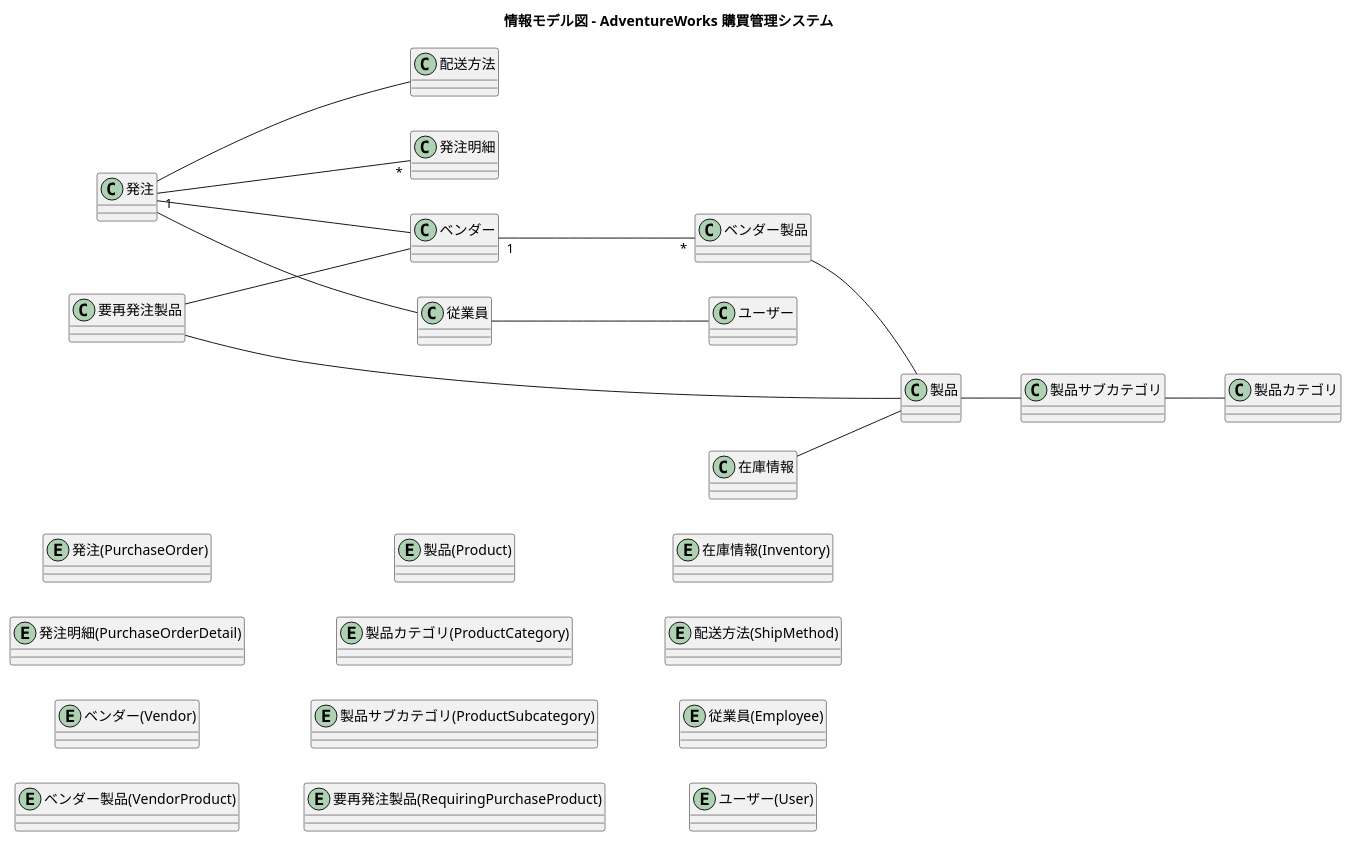
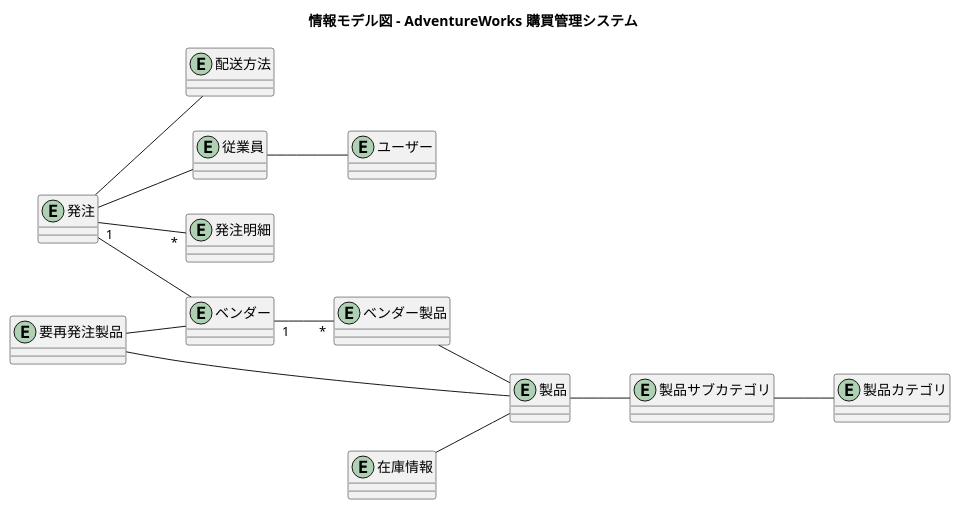
Before and after one commit to k2works/WpfArchitecture2022: diagram 11 of 13 in docs/requirements/requirements_definition.md, drawn with PlantUML. The commit also changed 8 other files, not shown here.

````diff
--- a/docs/requirements/requirements_definition.md
+++ b/docs/requirements/requirements_definition.md
@@ -455,50 +455,50 @@
 ```plantuml
 @startuml
 
 title 情報モデル図 - AdventureWorks 購買管理システム
 
 left to right direction
 
 ' 購買関連
-entity 発注(PurchaseOrder)
-entity 発注明細(PurchaseOrderDetail)
-entity ベンダー(Vendor)
-entity ベンダー製品(VendorProduct)
+entity 発注
+entity 発注明細
+entity ベンダー
+entity ベンダー製品
 
 ' 製品関連
-entity 製品(Product)
-entity 製品カテゴリ(ProductCategory)
-entity 製品サブカテゴリ(ProductSubcategory)
+entity 製品
+entity 製品カテゴリ
+entity 製品サブカテゴリ
 
 ' 在庫・再発注関連
-entity 要再発注製品(RequiringPurchaseProduct)
-entity 在庫情報(Inventory)
+entity 要再発注製品
+entity 在庫情報
 
 ' 配送関連
-entity 配送方法(ShipMethod)
+entity 配送方法
 
 ' ユーザー関連
-entity 従業員(Employee)
-entity ユーザー(User)
+entity 従業員
+entity ユーザー
 
 ' 関連付け
 発注 "1" -- "*" 発注明細
 発注 -- ベンダー
 発注 -- 配送方法
 発注 -- 従業員
 
 ベンダー "1" -- "*" ベンダー製品
 ベンダー製品 -- 製品
 
 製品 -- 製品サブカテゴリ
 製品サブカテゴリ -- 製品カテゴリ
 
 要再発注製品 -- 製品
 要再発注製品 -- ベンダー
 
 在庫情報 -- 製品
 
 従業員 -- ユーザー
 
 @enduml
 ```
````
